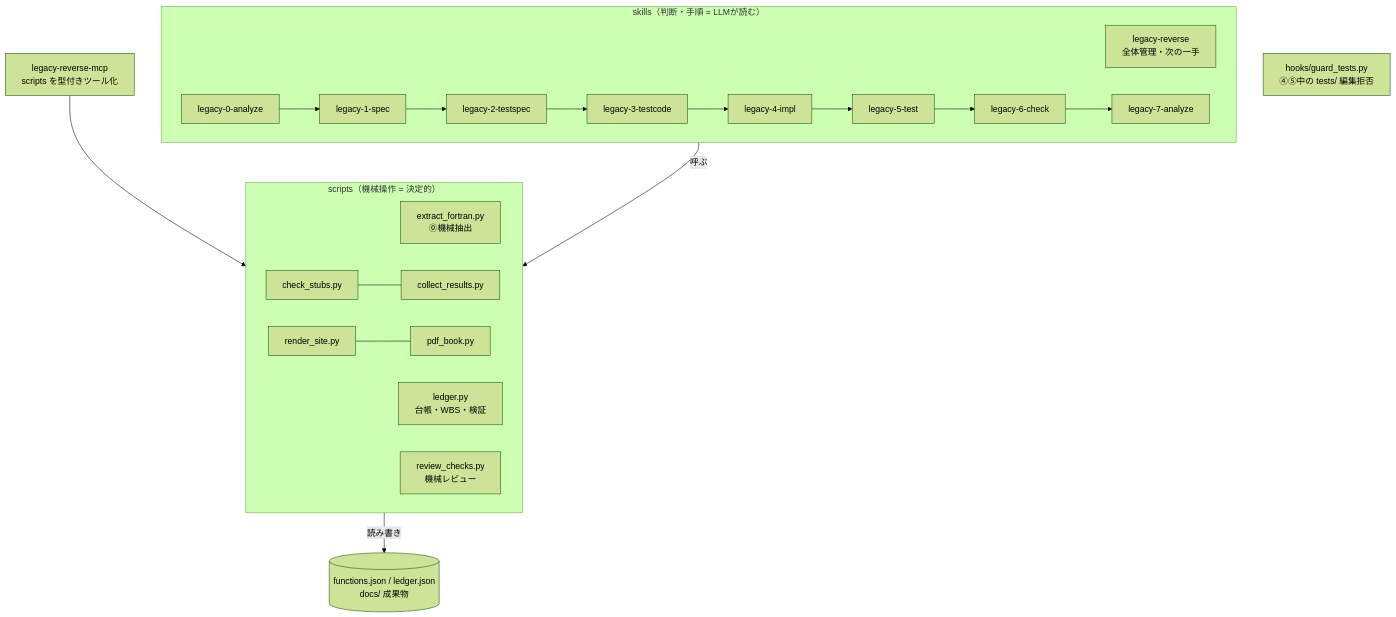
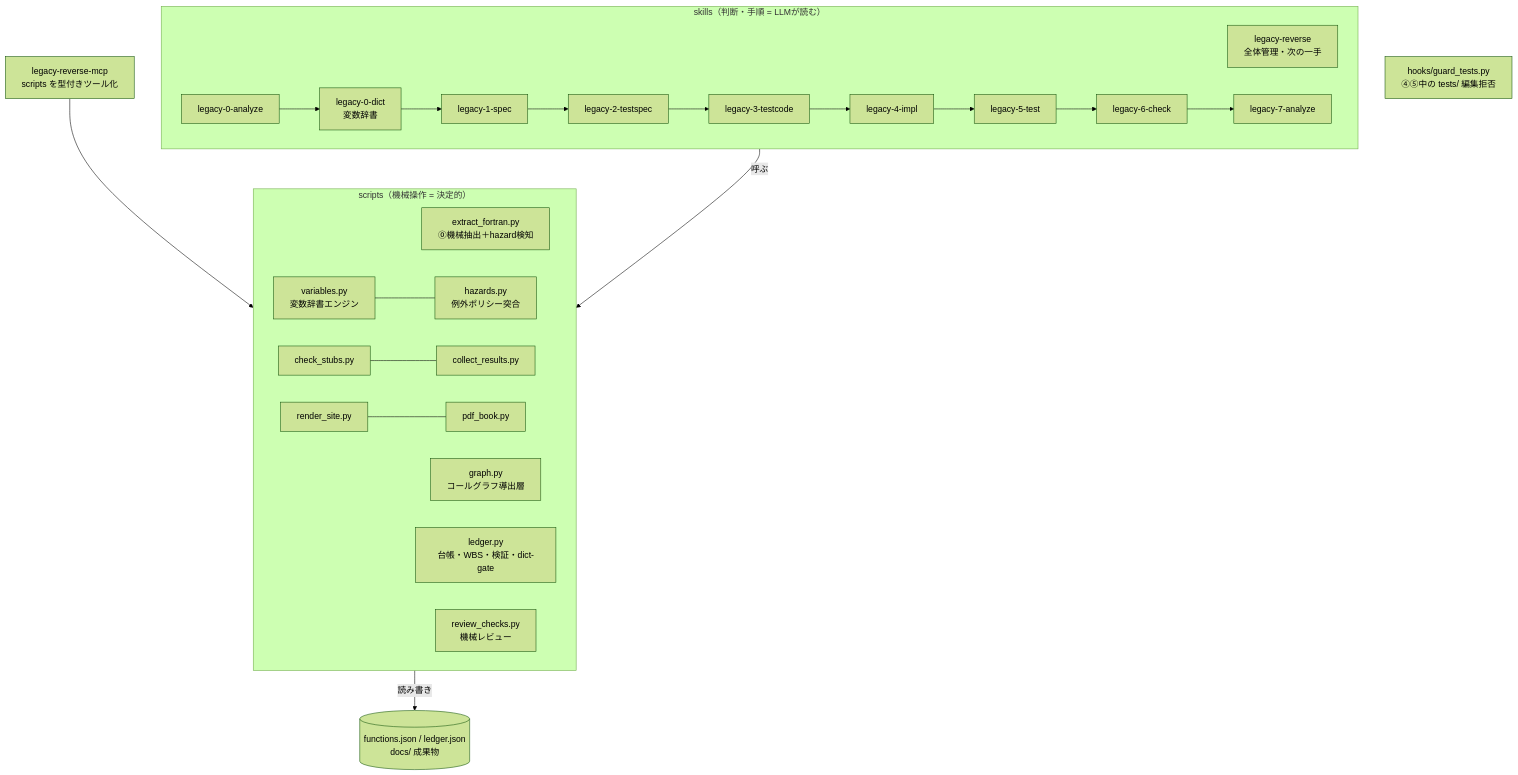
The first of 2 diagrams in legacy-reverse/DESIGN.md (ctenopoma/skills), drawn with Mermaid (forest theme) before and after one commit. The commit also changed other lines of this file and 59 other files, not shown here.

````diff
--- a/legacy-reverse/DESIGN.md
+++ b/legacy-reverse/DESIGN.md
@@ -26,20 +26,22 @@
 ```mermaid
 graph TB
   subgraph skill["skills（判断・手順 = LLMが読む）"]
     P[legacy-reverse<br>全体管理・次の一手]
-    S0[legacy-0-analyze] --> S1[legacy-1-spec] --> S2[legacy-2-testspec]
+    S0[legacy-0-analyze] --> SD[legacy-0-dict<br>変数辞書] --> S1[legacy-1-spec] --> S2[legacy-2-testspec]
     S2 --> S3[legacy-3-testcode] --> S4[legacy-4-impl] --> S5[legacy-5-test]
     S5 --> S6[legacy-6-check] --> S7[legacy-7-analyze]
   end
   subgraph scripts["scripts（機械操作 = 決定的）"]
-    EX[extract_fortran.py<br>⓪機械抽出]
-    LG[ledger.py<br>台帳・WBS・検証]
+    EX[extract_fortran.py<br>⓪機械抽出＋hazard検知]
+    GR[graph.py<br>コールグラフ導出層]
+    VA[variables.py<br>変数辞書エンジン] --- HZ[hazards.py<br>例外ポリシー突合]
+    LG[ledger.py<br>台帳・WBS・検証・dict-gate]
     RV[review_checks.py<br>機械レビュー]
     CS[check_stubs.py] --- CR[collect_results.py]
     RS[render_site.py] --- PB[pdf_book.py]
   end
   MCP[legacy-reverse-mcp<br>scripts を型付きツール化] --> scripts
   HK[hooks/guard_tests.py<br>④⑤中の tests/ 編集拒否]
   skill -->|呼ぶ| scripts
   scripts -->|読み書き| DATA[(functions.json / ledger.json<br>docs/ 成果物)]
 ```
````
